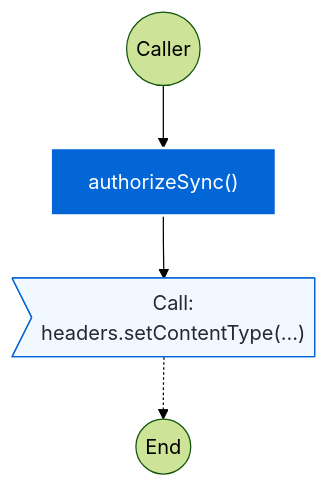
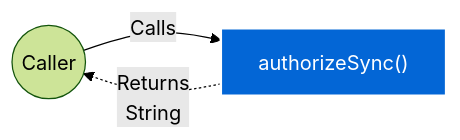
The fifth of 15 diagrams in docs/CloudSyncUploadService.md (FelipeMCassiano/geanky), drawn with Mermaid (forest theme) before and after one commit. The commit also changed other lines of this file and 6 other files, not shown here.

````diff
--- a/docs/CloudSyncUploadService.md
+++ b/docs/CloudSyncUploadService.md
@@ -477,12 +513,9 @@
 ```mermaid
-flowchart TD
+flowchart LR
     classDef methodNode fill:#0366d6,stroke:#fff,stroke-width:2px,color:#fff;
-    classDef callNode fill:#f1f8ff,stroke:#0366d6,color:#24292f;
-    classDef ifNode fill:#fff8c5,stroke:#d73a49,color:#24292f;
-    classDef retNode fill:#28a745,stroke:#fff,color:#fff;
+    Caller(("Caller"))
+    Method["authorizeSync()"]:::methodNode
 
-    START(("Caller")) --> M_ENTRY["authorizeSync()"]:::methodNode
-    M_ENTRY --> N1>"Call:<br>headers.setContentType(...)"]:::callNode
-    N1 -.-> END(("End"))
-
+    Caller -- "Calls" --> Method
+    Method -. "Returns<br>String" .-> Caller
 ```
````
